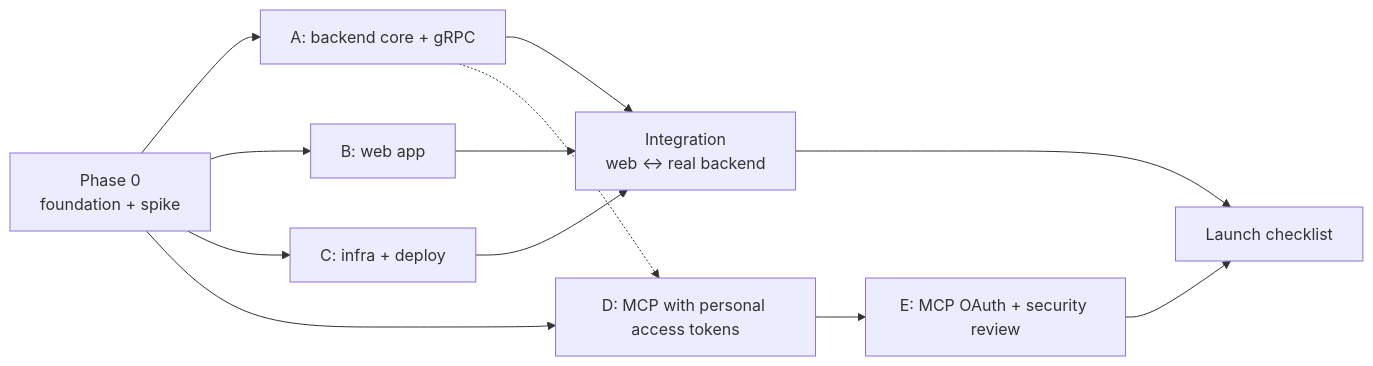
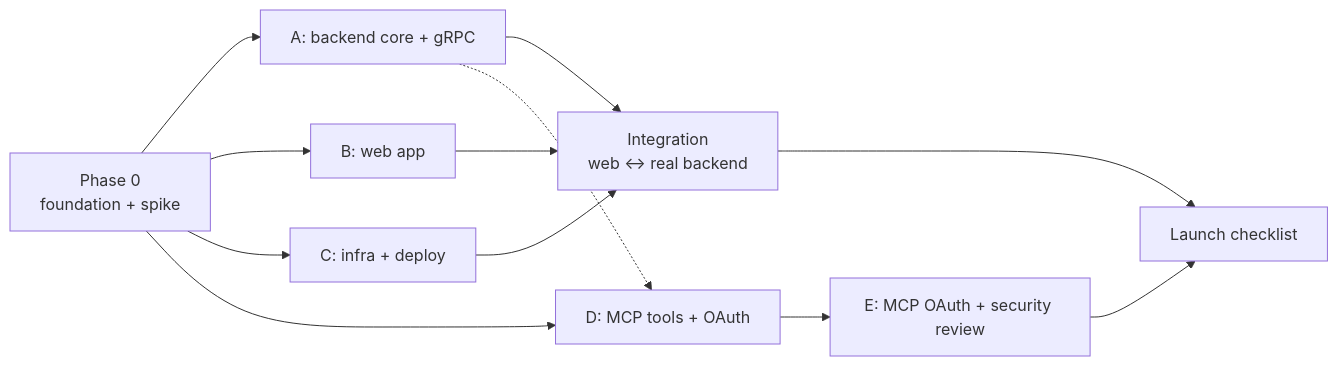
One commit to SaumyaKarnwal/focus-ledger changed the first of 2 diagrams in docs/execution-plan.md. Above: the diagram before and after it, drawn with Mermaid. The commit also changed other lines of this file and 1 other file, not shown here.

Commit message:
docs: MCP uses OAuth only; a simpler agent_connection table

````diff
--- a/docs/execution-plan.md
+++ b/docs/execution-plan.md
@@ -50,14 +50,14 @@
 ```mermaid
 flowchart LR
     P0["Phase 0<br/>foundation + spike"] --> A["A: backend core + gRPC"]
     P0 --> B["B: web app"]
     P0 --> C["C: infra + deploy"]
-    P0 --> D["D: MCP with personal access tokens"]
+    P0 --> D["D: MCP tools + OAuth"]
     A --> I["Integration<br/>web ↔ real backend"]
     B --> I
     C --> I
     D --> E["E: MCP OAuth + security review"]
     A -.-> D
     I --> L["Launch checklist"]
     E --> L
 ```
````
